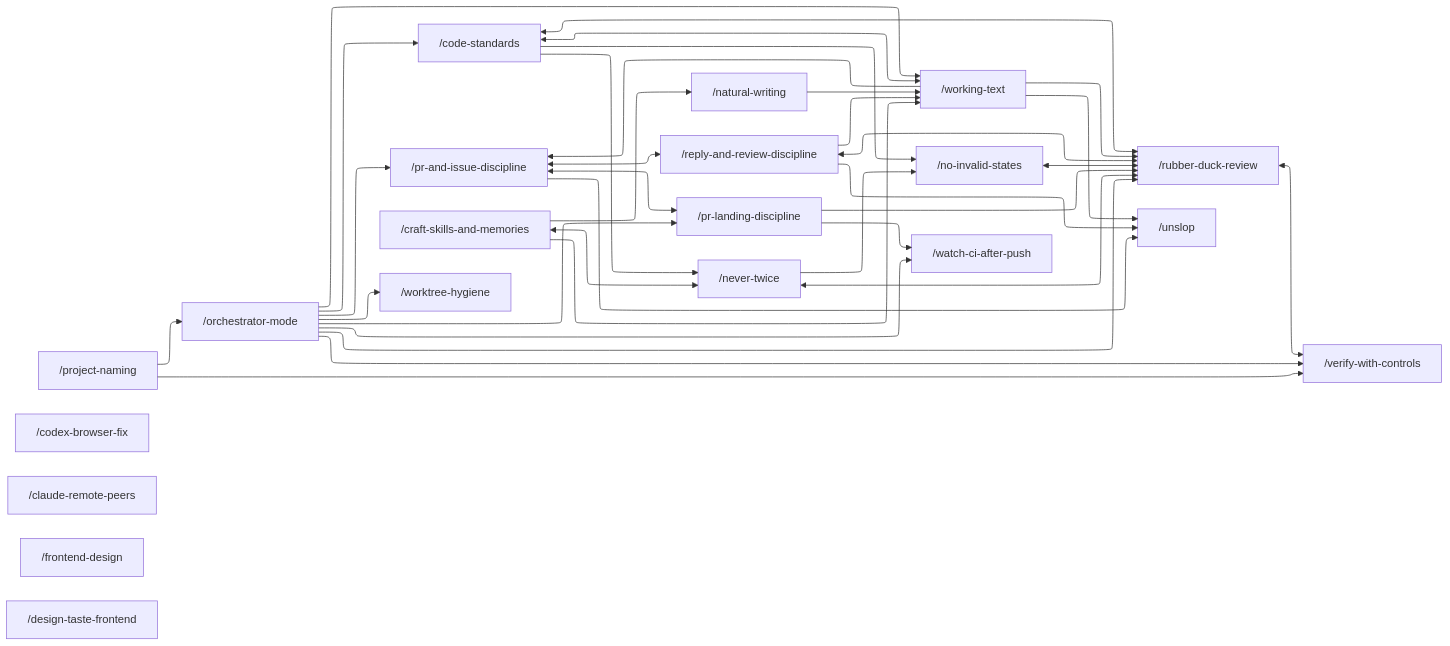
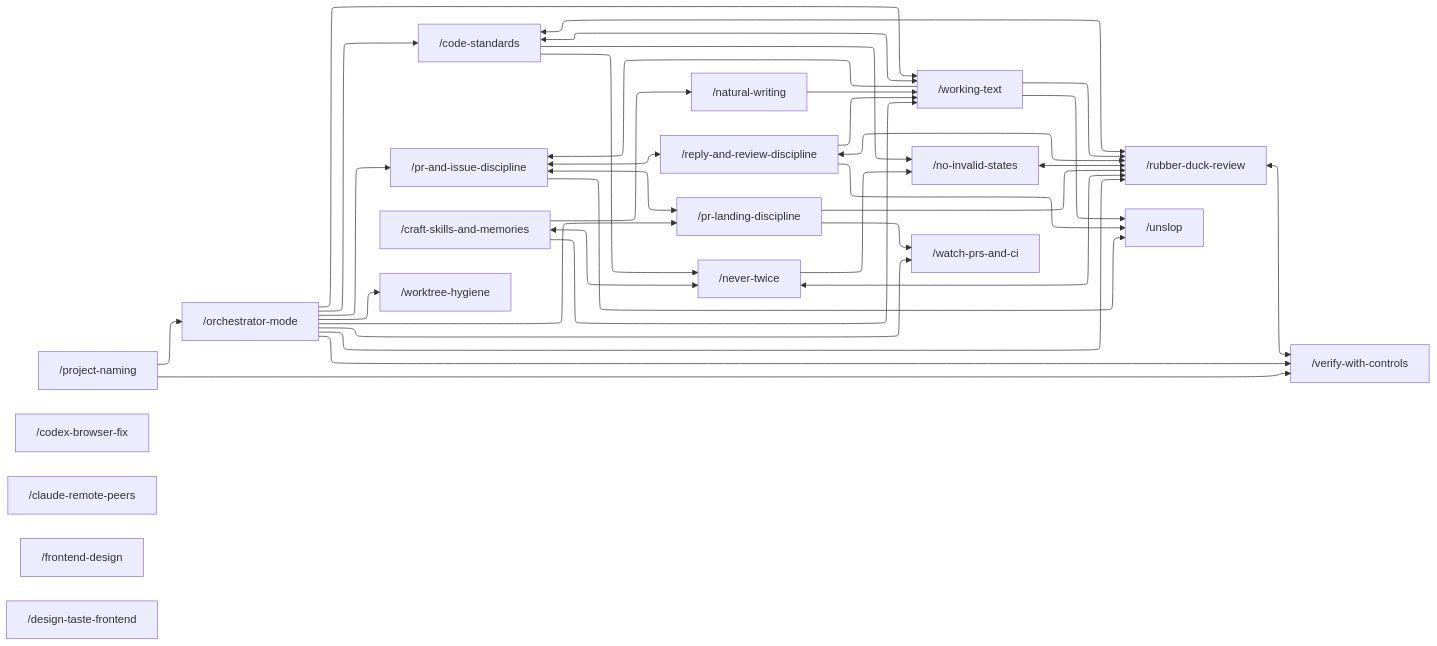
Before and after one commit to Vivswan/skills: the diagram in README.md, drawn with Mermaid. The commit also changed other lines of this file and 22 other files, not shown here.

First line of the commit message:
feat(watch-prs-and-ci): one daemon per user delivers PR events and CI verdicts as messages, replacing watch-ci-after-push

```diff
--- a/README.md
+++ b/README.md
@@ -70,7 +70,7 @@
   nt["/never-twice"]
   vwc["/verify-with-controls"]
   csm["/craft-skills-and-memories"]
-  wca["/watch-ci-after-push"]
+  wpc["/watch-prs-and-ci"]
   wh["/worktree-hygiene"]
   us["/unslop"]
   cbf["/codex-browser-fix"]
@@ -92,13 +92,13 @@
   wt --> pid
   nw --> wt
   om --> rdr
-  om --> wca
+  om --> wpc
   om --> cs
   om --> pid
   om --> pld
   om --> wh
   rrd --> wt
-  pld --> wca
+  pld --> wpc
   pld --> rdr
   cs --> nt
   cs --> nis
@@ -126,7 +126,7 @@
   click nt "./skills/never-twice/SKILL.md"
   click vwc "./skills/verify-with-controls/SKILL.md"
   click csm "./skills/craft-skills-and-memories/SKILL.md"
-  click wca "./skills/watch-ci-after-push/SKILL.md"
+  click wpc "./skills/watch-prs-and-ci/SKILL.md"
   click wh "./skills/worktree-hygiene/SKILL.md"
   click us "./xeno/unslop/SKILL.md"
   click cbf "./skills/codex-browser-fix/SKILL.md"
```
